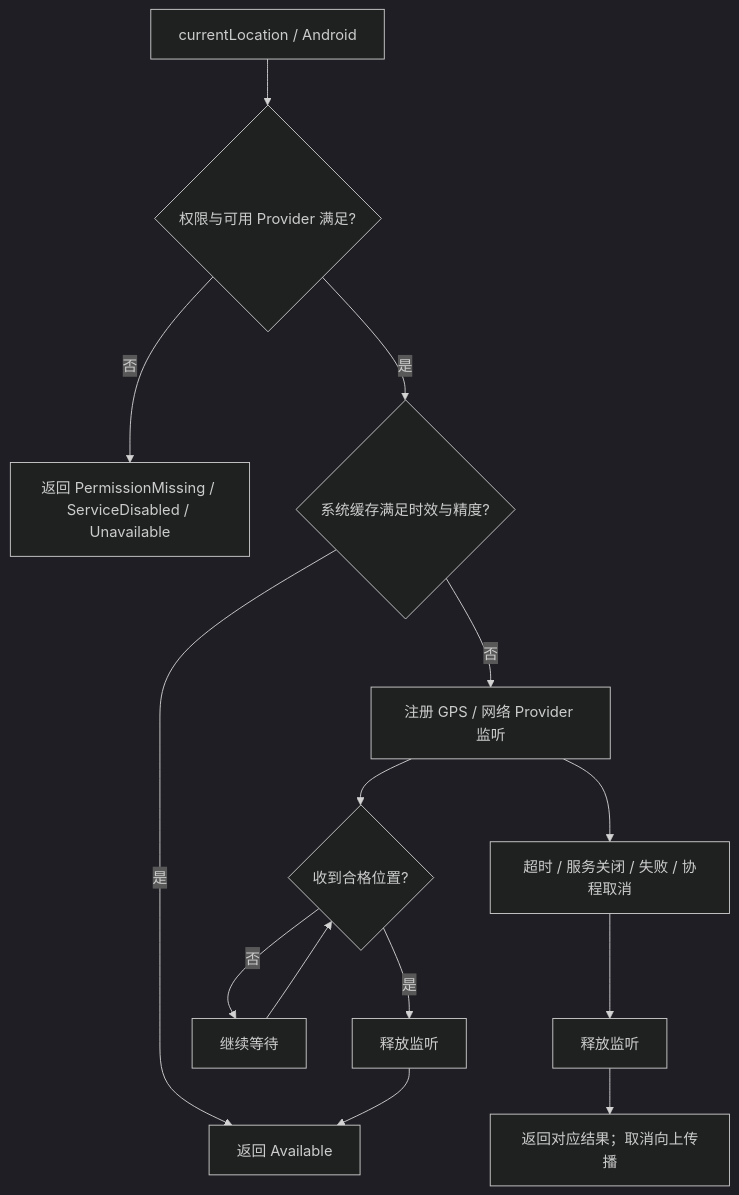
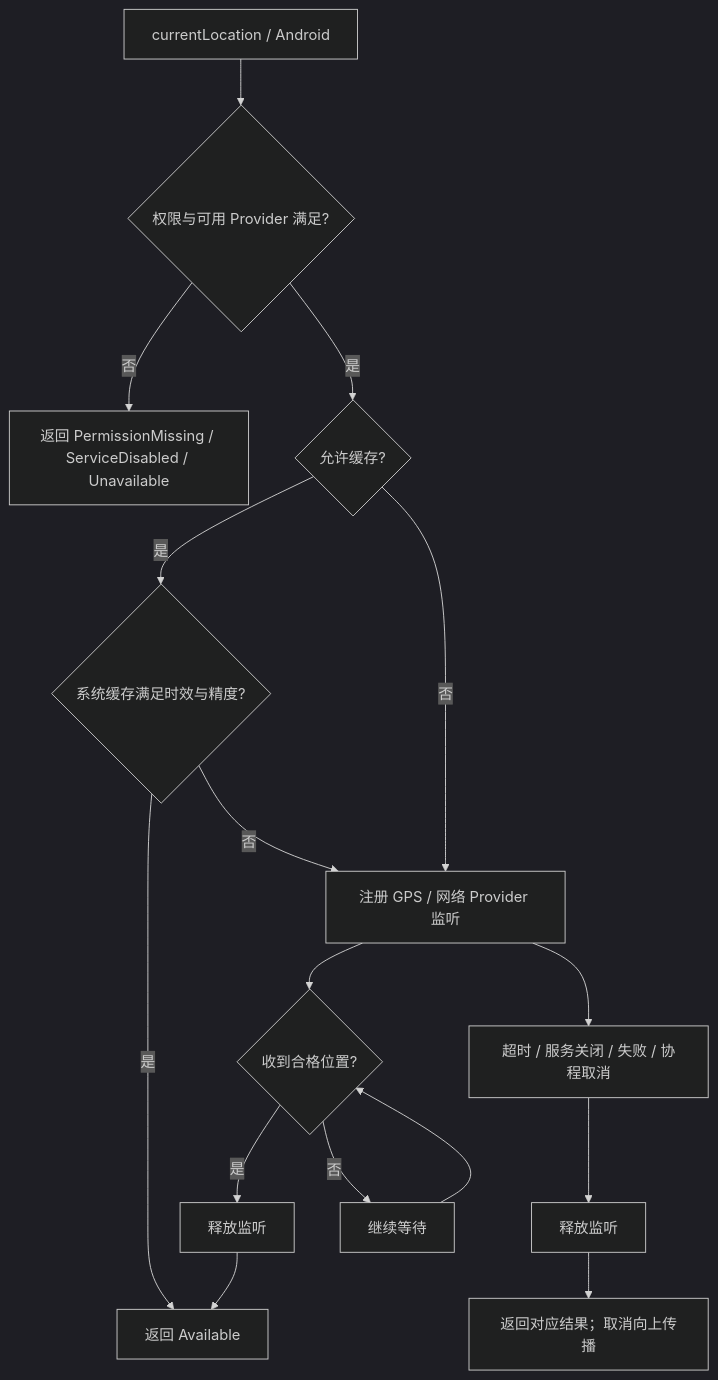
Before and after one commit to gycrosskit/location: the second of 3 diagrams in README.md, drawn with Mermaid (dark theme). The commit also changed other lines of this file and 19 other files, not shown here.

````diff
--- a/README.md
+++ b/README.md
@@ -53,16 +53,18 @@
 ```mermaid
 flowchart TD
     Start[currentLocation / Android] --> Check{权限与可用 Provider 满足?}
     Check -->|否| Failure[返回 PermissionMissing / ServiceDisabled / Unavailable]
-    Check -->|是| Cache{系统缓存满足时效与精度?}
+    Check -->|是| AllowCache{允许缓存?}
+    AllowCache -->|是| Cache{系统缓存满足时效与精度?}
+    AllowCache -->|否| Listen
     Cache -->|是| Available[返回 Available]
     Cache -->|否| Listen[注册 GPS / 网络 Provider 监听]
     Listen --> Validate{收到合格位置?}
     Validate -->|是| Cleanup[释放监听]
     Cleanup --> Available
     Validate -->|否| Wait[继续等待]
     Wait --> Validate
     Listen --> End[超时 / 服务关闭 / 失败 / 协程取消]
     End --> Release[释放监听]
     Release --> Result[返回对应结果；取消向上传播]
 ```
````
